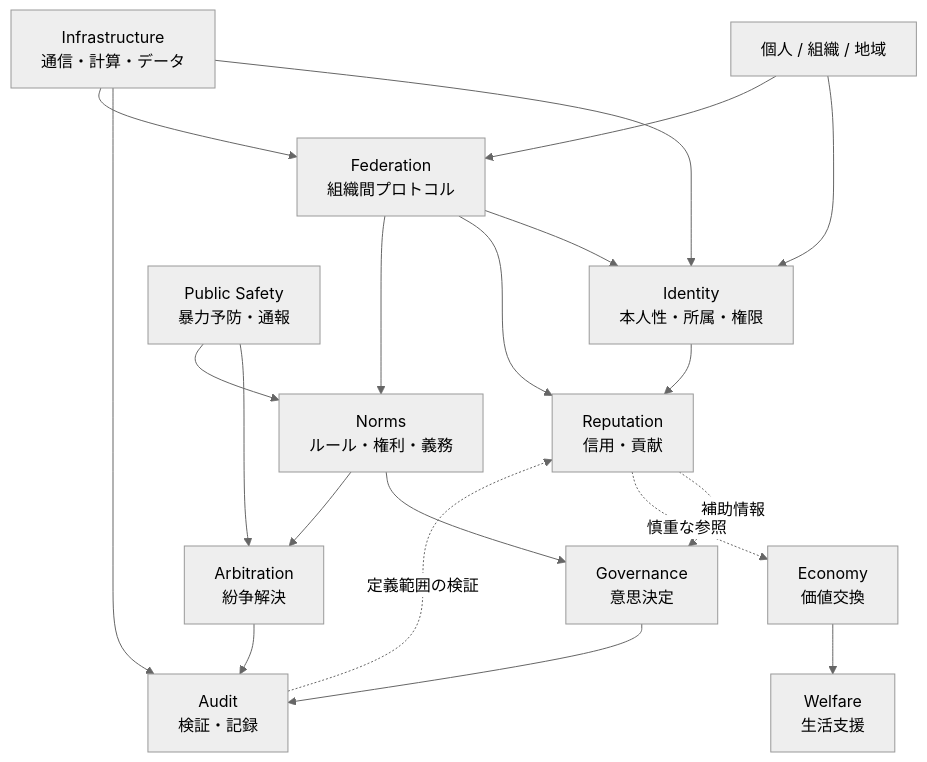
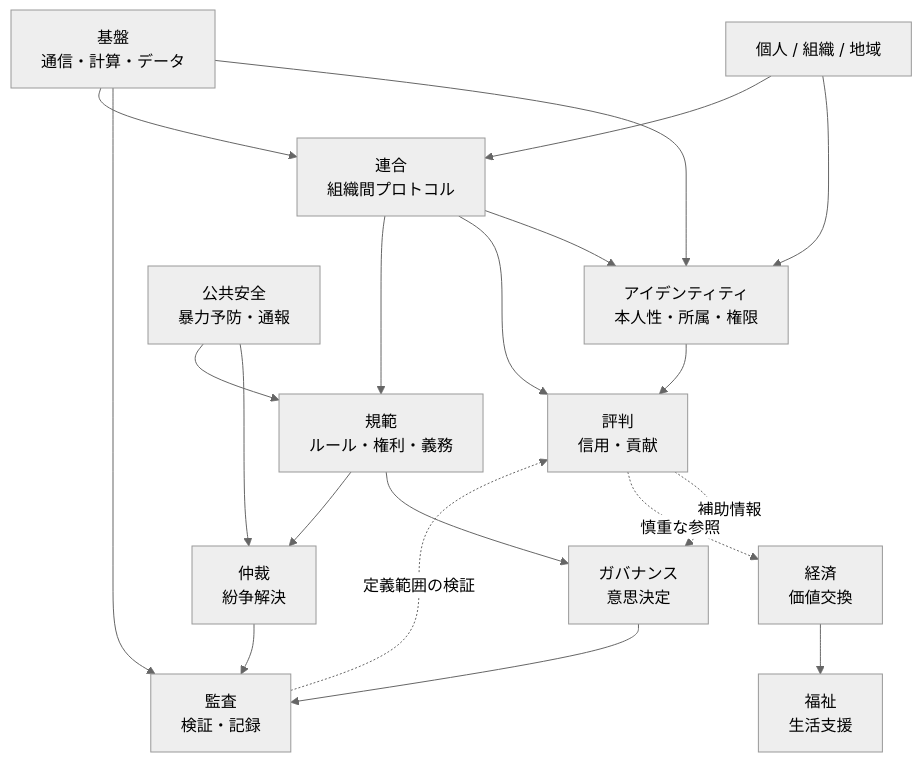
The diagram in assets/diagrams/09-expanded-module-map.md (acecore-systems/world-foundation), drawn with Mermaid (neutral theme) before and after one commit. The commit also changed other lines of this file and 47 other files, not shown here.

````diff
--- a/assets/diagrams/09-expanded-module-map.md
+++ b/assets/diagrams/09-expanded-module-map.md
@@ -7,47 +7,47 @@
 ```mermaid
 flowchart TB
   People["個人 / 組織 / 地域"]
-  Federation["Federation<br/>組織間プロトコル"]
-  Identity["Identity<br/>本人性・所属・権限"]
-  Reputation["Reputation<br/>信用・貢献"]
-  Norms["Norms<br/>ルール・権利・義務"]
-  Governance["Governance<br/>意思決定"]
-  Arbitration["Arbitration<br/>紛争解決"]
-  PublicSafety["Public Safety<br/>暴力予防・通報"]
-  Economy["Economy<br/>価値交換"]
-  Welfare["Welfare<br/>生活支援"]
-  Infrastructure["Infrastructure<br/>通信・計算・データ"]
-  Audit["Audit<br/>検証・記録"]
+  連合["連合<br/>組織間プロトコル"]
+  アイデンティティ["アイデンティティ<br/>本人性・所属・権限"]
+  評判["評判<br/>信用・貢献"]
+  規範["規範<br/>ルール・権利・義務"]
+  ガバナンス["ガバナンス<br/>意思決定"]
+  仲裁["仲裁<br/>紛争解決"]
+  PublicSafety["公共安全<br/>暴力予防・通報"]
+  経済["経済<br/>価値交換"]
+  福祉["福祉<br/>生活支援"]
+  基盤["基盤<br/>通信・計算・データ"]
+  監査["監査<br/>検証・記録"]
 
-  People --> Identity
-  People --> Federation
-  Federation --> Identity
-  Federation --> Reputation
-  Federation --> Norms
-  Identity --> Reputation
-  Norms --> Governance
-  Norms --> Arbitration
-  Governance --> Audit
-  Arbitration --> Audit
-  PublicSafety --> Arbitration
-  PublicSafety --> Norms
-  Economy --> Welfare
-  Reputation -. "補助情報" .-> Governance
-  Reputation -. "慎重な参照" .-> Economy
-  Audit -. "定義範囲の検証" .-> Reputation
-  Infrastructure --> Identity
-  Infrastructure --> Audit
-  Infrastructure --> Federation
+  People --> アイデンティティ
+  People --> 連合
+  連合 --> アイデンティティ
+  連合 --> 評判
+  連合 --> 規範
+  アイデンティティ --> 評判
+  規範 --> ガバナンス
+  規範 --> 仲裁
+  ガバナンス --> 監査
+  仲裁 --> 監査
+  PublicSafety --> 仲裁
+  PublicSafety --> 規範
+  経済 --> 福祉
+  評判 -. "補助情報" .-> ガバナンス
+  評判 -. "慎重な参照" .-> 経済
+  監査 -. "定義範囲の検証" .-> 評判
+  基盤 --> アイデンティティ
+  基盤 --> 監査
+  基盤 --> 連合
 
-  click Federation "../../modules/ja/federation/README.md" "Federation"
-  click Identity "../../modules/ja/identity/README.md" "Identity"
-  click Reputation "../../modules/ja/reputation/README.md" "Reputation"
-  click Norms "../../modules/ja/norms/README.md" "Norms"
-  click Governance "../../modules/ja/governance/README.md" "Governance"
-  click Arbitration "../../modules/ja/arbitration/README.md" "Arbitration"
-  click PublicSafety "../../modules/ja/public-safety/README.md" "Public Safety"
-  click Economy "../../modules/ja/economy/README.md" "Economy"
-  click Welfare "../../modules/ja/welfare/README.md" "Welfare"
-  click Infrastructure "../../modules/ja/infrastructure/README.md" "Infrastructure"
-  click Audit "../../modules/ja/audit/README.md" "Audit"
+  click 連合 "../../modules/ja/federation/README.md" "連合"
+  click アイデンティティ "../../modules/ja/identity/README.md" "アイデンティティ"
+  click 評判 "../../modules/ja/reputation/README.md" "評判"
+  click 規範 "../../modules/ja/norms/README.md" "規範"
+  click ガバナンス "../../modules/ja/governance/README.md" "ガバナンス"
+  click 仲裁 "../../modules/ja/arbitration/README.md" "仲裁"
+  click PublicSafety "../../modules/ja/public-safety/README.md" "公共安全"
+  click 経済 "../../modules/ja/economy/README.md" "経済"
+  click 福祉 "../../modules/ja/welfare/README.md" "福祉"
+  click 基盤 "../../modules/ja/infrastructure/README.md" "基盤"
+  click 監査 "../../modules/ja/audit/README.md" "監査"
 ```
````
